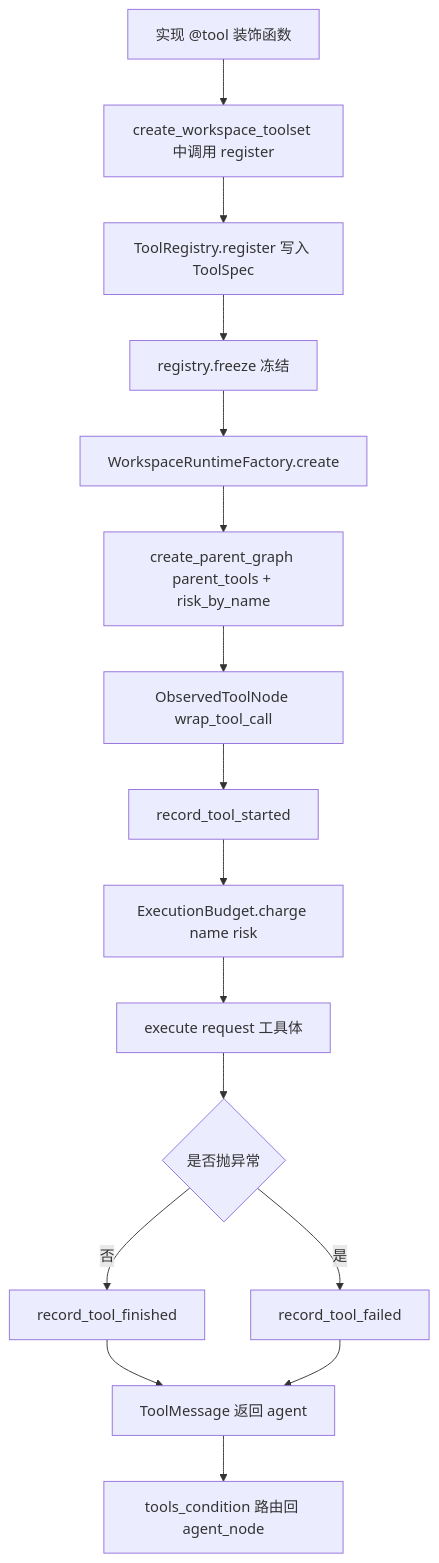
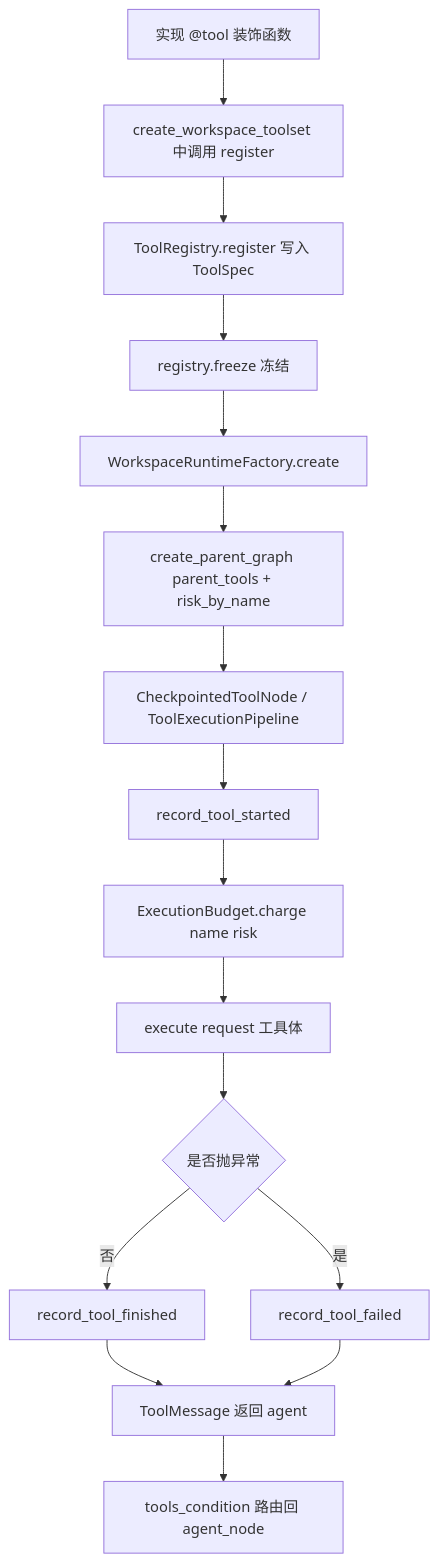
The diagram in docs/development/tool-extension-guide.md (Dzheng2250/learn_langchain), drawn with Mermaid before and after one commit. The commit also changed other lines of this file and 57 other files, not shown here.

````diff
--- a/docs/development/tool-extension-guide.md
+++ b/docs/development/tool-extension-guide.md
@@ -99,18 +110,18 @@
 ```mermaid
 flowchart TD
     A[实现 @tool 装饰函数] --> B[create_workspace_toolset 中调用 register]
     B --> C[ToolRegistry.register 写入 ToolSpec]
     C --> D[registry.freeze 冻结]
     D --> E[WorkspaceRuntimeFactory.create]
     E --> F[create_parent_graph parent_tools + risk_by_name]
-    F --> G[ObservedToolNode wrap_tool_call]
+    F --> G[CheckpointedToolNode / ToolExecutionPipeline]
     G --> H1[record_tool_started]
     H1 --> H2[ExecutionBudget.charge name risk]
     H2 --> I[execute request 工具体]
     I --> J{是否抛异常}
     J -- 否 --> K1[record_tool_finished]
     J -- 是 --> K2[record_tool_failed]
     K1 --> L[ToolMessage 返回 agent]
     K2 --> L
     L --> M[tools_condition 路由回 agent_node]
 ```
````
